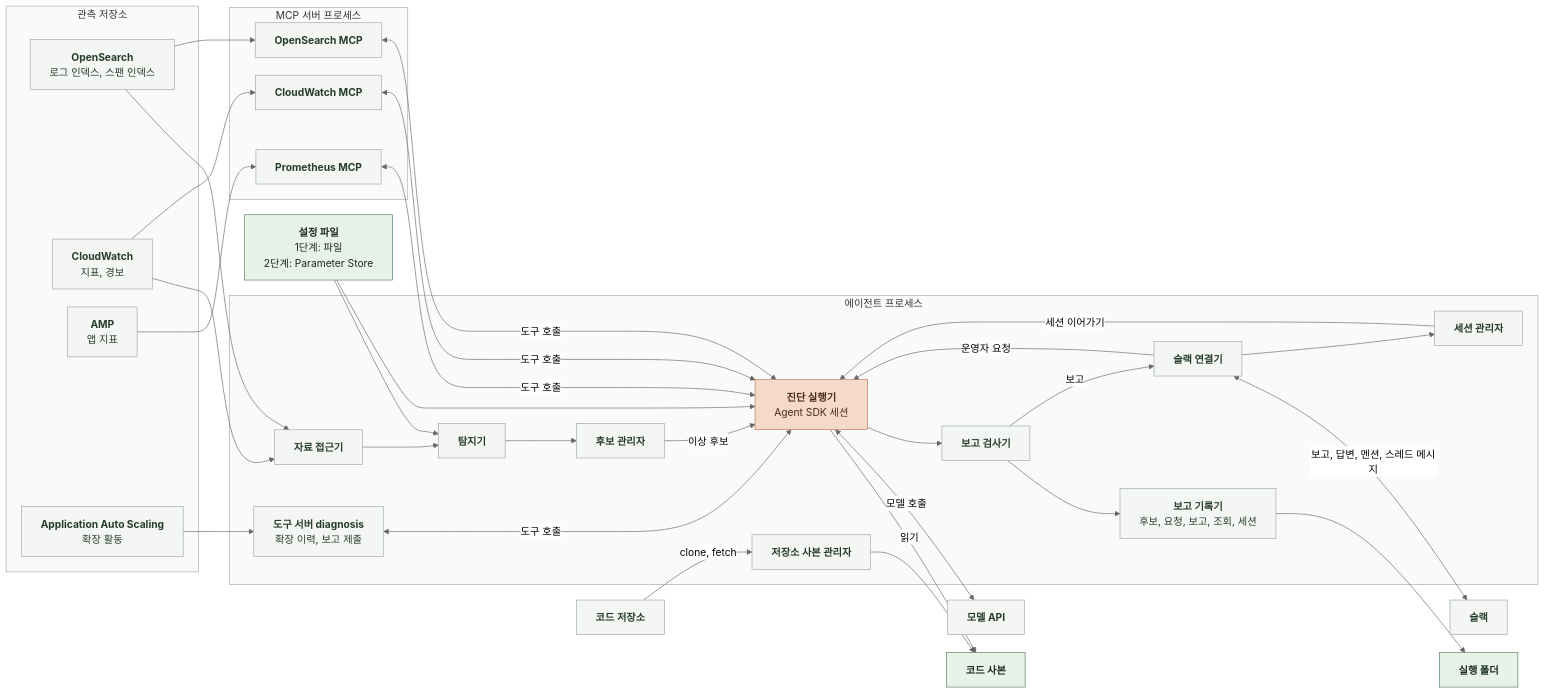
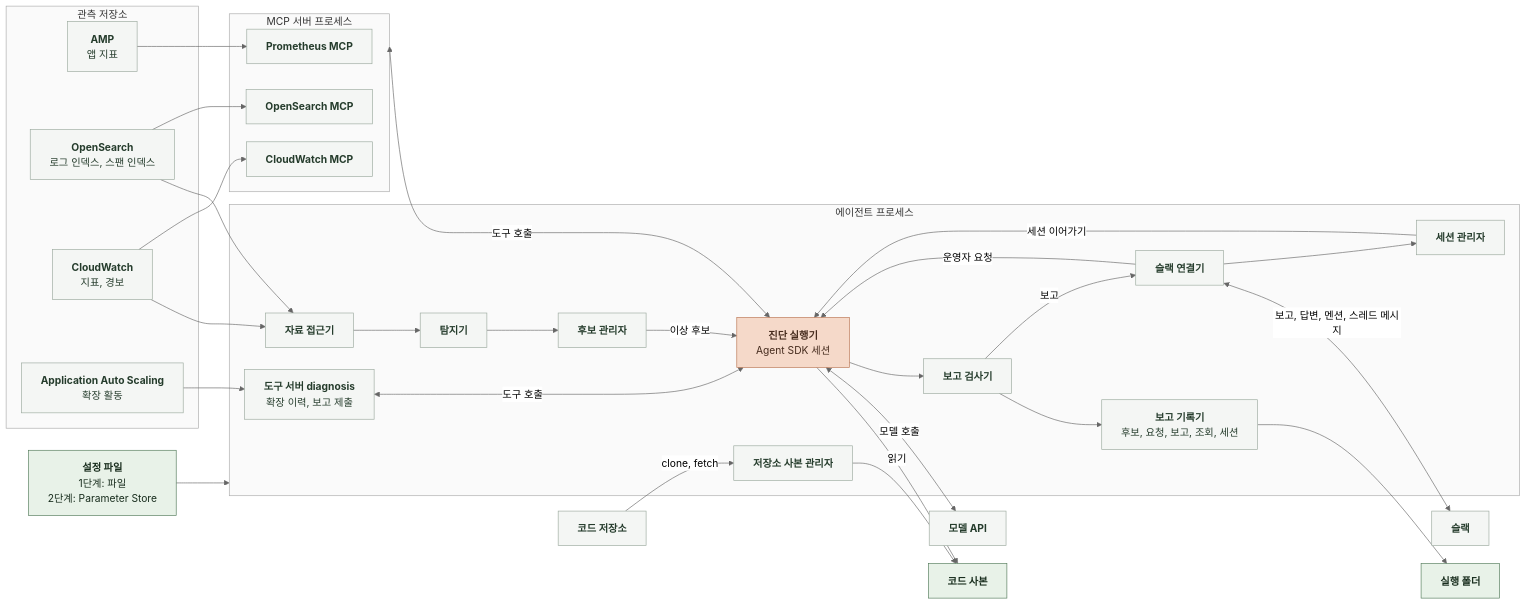
The diagram in docs/domain/OBSERVABILITY/AI/4-2-DESIGN-SOFTWARE-ARCHITECTURE.md (KIM-N-KANG/knk-harness), drawn with Mermaid (neutral theme) before and after one commit. The commit also changed 4 other files, not shown here.

````diff
--- a/docs/domain/OBSERVABILITY/AI/4-2-DESIGN-SOFTWARE-ARCHITECTURE.md
+++ b/docs/domain/OBSERVABILITY/AI/4-2-DESIGN-SOFTWARE-ARCHITECTURE.md
@@ -11,78 +11,76 @@
 ```mermaid
 %%{init: {"flowchart": {"curve": "basis", "nodeSpacing": 28, "rankSpacing": 48}}}%%
 flowchart LR
     subgraph EXT["관측 저장소"]
+        AMP["`**AMP**
+앱 지표`"]
         OS["`**OpenSearch**
 로그 인덱스, 스팬 인덱스`"]
         CW["`**CloudWatch**
 지표, 경보`"]
-        AMP["`**AMP**
-앱 지표`"]
         AS["`**Application Auto Scaling**
 확장 활동`"]
     end
     GH["`**코드 저장소**`"]
     CFG["`**설정 파일**
 1단계: 파일
 2단계: Parameter Store`"]
     subgraph MCP["MCP 서버 프로세스"]
+        MP["`**Prometheus MCP**`"]
         MO["`**OpenSearch MCP**`"]
         MC["`**CloudWatch MCP**`"]
-        MP["`**Prometheus MCP**`"]
     end
     subgraph PROC["에이전트 프로세스"]
         DA["`**자료 접근기**`"]
         DT["`**탐지기**`"]
         CM["`**후보 관리자**`"]
         IN["`**도구 서버 diagnosis**
 확장 이력, 보고 제출`"]
         RS["`**저장소 사본 관리자**`"]
         DX["`**진단 실행기**
 Agent SDK 세션`"]
         RC["`**보고 검사기**`"]
+        RW["`**보고 기록기**
+후보, 요청, 보고, 조회, 세션`"]
         SC["`**슬랙 연결기**`"]
         SM["`**세션 관리자**`"]
-        RW["`**보고 기록기**
-후보, 요청, 보고, 조회, 세션`"]
     end
+    LLM["`**모델 API**`"]
+    RF["`**실행 폴더**`"]
+    SL["`**슬랙**`"]
     CC["`**코드 사본**`"]
-    LLM["`**모델 API**`"]
-    SL["`**슬랙**`"]
-    RF["`**실행 폴더**`"]
+    %% 되돌아오는 두 선을 먼저 적어야 선이 겹치지 않게 배치된다
+    SM -->|"`세션 이어가기`"| DX
+    SC -->|"`운영자 요청`"| DX
+    GH -->|"`clone, fetch`"| RS
+    RS --> CC
+    AS --> IN
+    IN <-->|"`도구 호출`"| DX
     OS --> DA
     CW --> DA
-    CFG --> DT
     DA --> DT
     DT --> CM
     CM -->|"`이상 후보`"| DX
+    AMP --> MP
     OS --> MO
     CW --> MC
-    AMP --> MP
-    AS --> IN
-    MO <-->|"`도구 호출`"| DX
-    MC <-->|"`도구 호출`"| DX
-    MP <-->|"`도구 호출`"| DX
-    IN <-->|"`도구 호출`"| DX
-    GH -->|"`clone, fetch`"| RS
-    RS --> CC
+    MCP <-->|"`도구 호출`"| DX
+    CFG --> PROC
     DX -->|"`읽기`"| CC
-    CFG --> DX
     DX <-->|"`모델 호출`"| LLM
     DX --> RC
     RC --> RW
     RW --> RF
     RC -->|"`보고`"| SC
     SC <-->|"`보고, 답변, 멘션, 스레드 메시지`"| SL
-    SC -->|"`운영자 요청`"| DX
     SC --> SM
-    SM -->|"`세션 이어가기`"| DX
     classDef data fill:#E8F2E8,stroke:#527A59,color:#182D1D
     classDef model fill:#F5D9C9,stroke:#B97450,color:#452B1D
     classDef code fill:#F4F6F4,stroke:#9BA99E,color:#253C2C
     class CFG,RF,CC data
     class DX model
     class DA,DT,CM,IN,RC,SM,SC,RS,RW,MO,MC,MP,OS,CW,AMP,AS,LLM,SL,GH code
     style EXT fill:#FAFAFA,stroke:#AAAAAA
     style PROC fill:#FAFAFA,stroke:#AAAAAA
     style MCP fill:#FAFAFA,stroke:#AAAAAA
 ```
````
